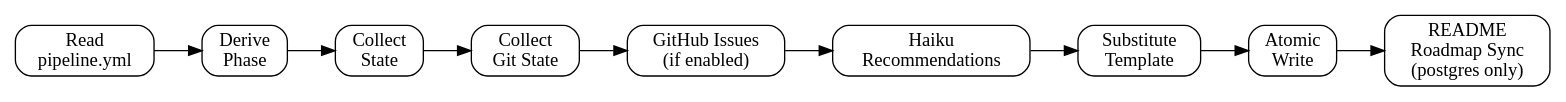
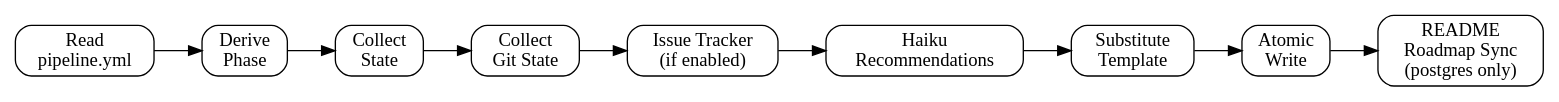
Before and after one commit to djwmobley/pipeline: the diagram in skills/dashboard/SKILL.md, drawn with Graphviz. The commit also changed other lines of this file and 41 other files, not shown here.

First line of the commit message:
fix: replace 71 hardcoded GitHub references with platform-neutral language (#54)

````diff
--- a/skills/dashboard/SKILL.md
+++ b/skills/dashboard/SKILL.md
@@ -14,19 +14,19 @@
 ```dot
 digraph dashboard {
   rankdir=LR;
   node [shape=box, style=rounded];
 
   config [label="Read\npipeline.yml"];
   phase [label="Derive\nPhase"];
   state [label="Collect\nState"];
   git [label="Collect\nGit State"];
-  github [label="GitHub Issues\n(if enabled)"];
+  github [label="Issue Tracker\n(if enabled)"];
   haiku [label="Haiku\nRecommendations"];
   substitute [label="Substitute\nTemplate"];
   write [label="Atomic\nWrite"];
 
   readme [label="README\nRoadmap Sync\n(postgres only)"];
 
   config -> phase -> state -> git -> github -> haiku -> substitute -> write -> readme;
 }
 ```
````
